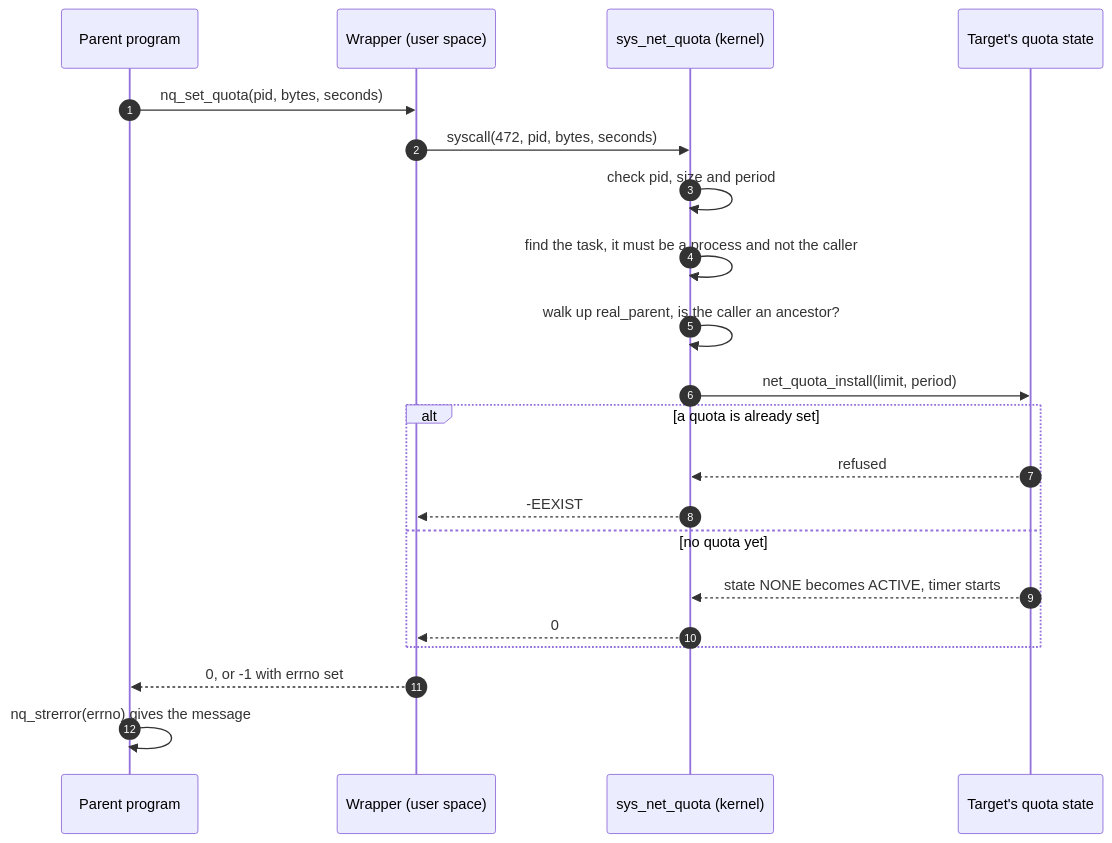
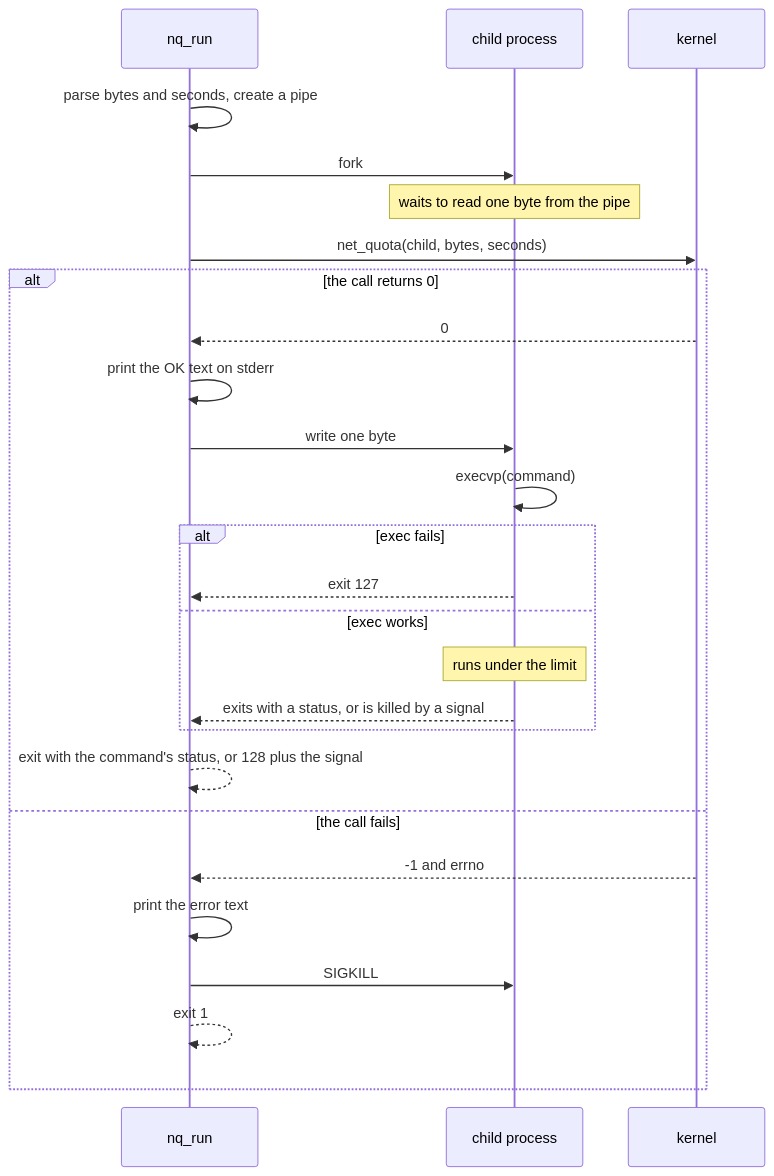
The seventh of 18 diagrams in docs/how-it-works.md (Dhruv0306/net-quota-syscall), drawn with Mermaid before and after one commit. The commit also changed other lines of this file and 5 other files, not shown here.

First line of the commit message:
docs: rewrite how-it-works with branching diagrams, add the syscall reference

````diff
--- a/docs/how-it-works.md
+++ b/docs/how-it-works.md
@@ -61,23 +226,28 @@
 ```mermaid
 sequenceDiagram
-  autonumber
-  participant P as Parent program
-  participant W as Wrapper (user space)
-  participant K as sys_net_quota (kernel)
-  participant Q as Target's quota state
-  P->>W: nq_set_quota(pid, bytes, seconds)
-  W->>K: syscall(472, pid, bytes, seconds)
-  K->>K: check pid, size and period
-  K->>K: find the task, it must be a process and not the caller
-  K->>K: walk up real_parent, is the caller an ancestor?
-  K->>Q: net_quota_install(limit, period)
-  alt a quota is already set
-    Q-->>K: refused
-    K-->>W: -EEXIST
-  else no quota yet
-    Q-->>K: state NONE becomes ACTIVE, timer starts
-    K-->>W: 0
+  participant R as nq_run
+  participant C as child process
+  participant K as kernel
+  R->>R: parse bytes and seconds, create a pipe
+  R->>C: fork
+  Note over C: waits to read one byte from the pipe
+  R->>K: net_quota(child, bytes, seconds)
+  alt the call returns 0
+    K-->>R: 0
+    R->>R: print the OK text on stderr
+    R->>C: write one byte
+    C->>C: execvp(command)
+    alt exec fails
+      C-->>R: exit 127
+    else exec works
+      Note over C: runs under the limit
+      C-->>R: exits with a status, or is killed by a signal
+    end
+    R-->>R: exit with the command's status, or 128 plus the signal
+  else the call fails
+    K-->>R: -1 and errno
+    R->>R: print the error text
+    R->>C: SIGKILL
+    R-->>R: exit 1
   end
-  W-->>P: 0, or -1 with errno set
-  P->>P: nq_strerror(errno) gives the message
 ```
````
